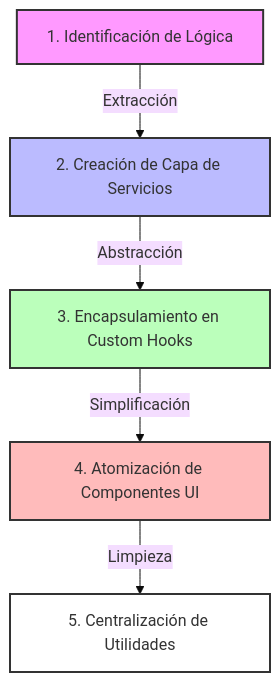
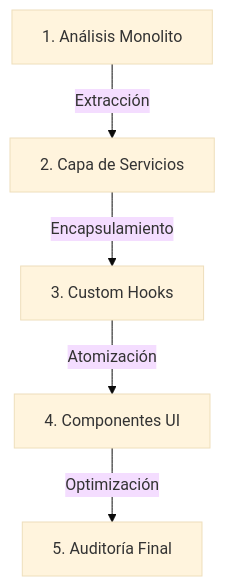
One commit to CHANKUN5/APM changed the first of 2 diagrams in README.md. Above: the diagram before and after it, drawn with Mermaid (base theme). The commit also changed other lines of this file and 4 other files, not shown here.

````diff
--- a/README.md
+++ b/README.md
@@ -44,13 +36,7 @@
 ```mermaid
 graph TD
-    Step1[1. Identificación de Lógica] -->|Extracción| Step2[2. Creación de Capa de Servicios]
-    Step2 -->|Abstracción| Step3[3. Encapsulamiento en Custom Hooks]
-    Step3 -->|Simplificación| Step4[4. Atomización de Componentes UI]
-    Step4 -->|Limpieza| Step5[5. Centralización de Utilidades]
-
-    style Step1 fill:#f9f,stroke:#333,stroke-width:2px
-    style Step2 fill:#bbf,stroke:#333,stroke-width:2px
-    style Step3 fill:#bfb,stroke:#333,stroke-width:2px
-    style Step4 fill:#fbb,stroke:#333,stroke-width:2px
-    style Step5 fill:#fff,stroke:#333,stroke-width:2px
+    A[1. Análisis Monolito] -->|Extracción| B[2. Capa de Servicios]
+    B -->|Encapsulamiento| C[3. Custom Hooks]
+    C -->|Atomización| D[4. Componentes UI]
+    D -->|Optimización| E[5. Auditoría Final]
 ```
````
